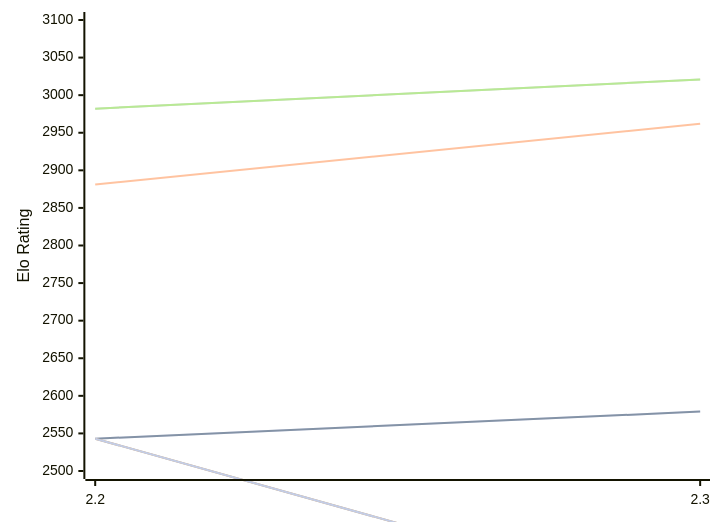
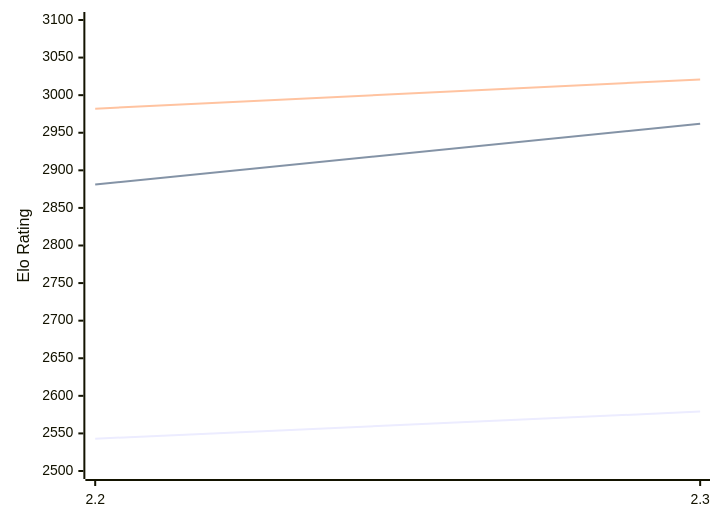
Before and after one commit to computer-chess-index/cci: the second of 2 diagrams in engines/Sloth.md, drawn with Mermaid. The commit also changed other lines of this file, not shown here.

````diff
--- a/engines/Sloth.md
+++ b/engines/Sloth.md
@@ -50,13 +67,9 @@
 ```mermaid
 %%{init: {"theme":"base","themeVariables":{"seriesColors:['#a3a3a3','#222221','#faa371']}}}%%
 xychart-beta
   x-axis ["2.2", "2.3"]
   y-axis "Elo Rating" 2500 --> 3100
-  line "" [2543, 2579]
   line "T1: STC (8.0+0.08s)" [2543, 2579]
   line "T1: LTC (60.0+0.60s)" [2881, 2962]
-  line "" [2982, 3021]
   line "T1: VLTC (2m24s+1.12s)" [2982, 3021]
-  line "" [2543,2318, 2444]
-  line "E1: STC (8.0+0.08s)" [2543,2318, 2444]
 ```
````
